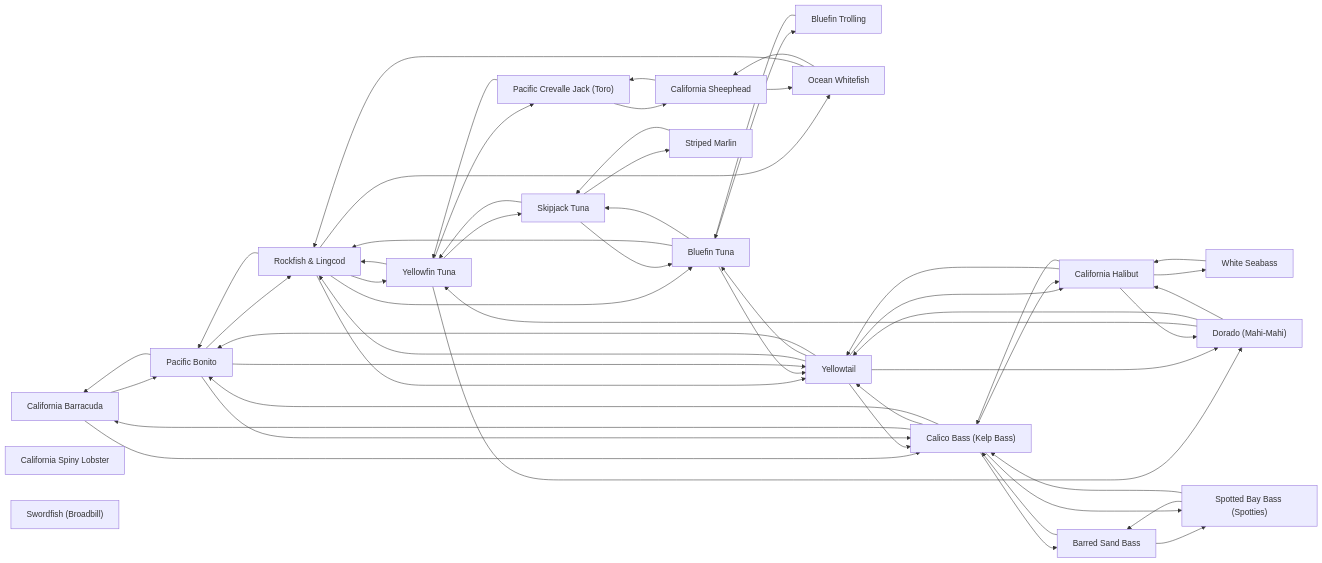
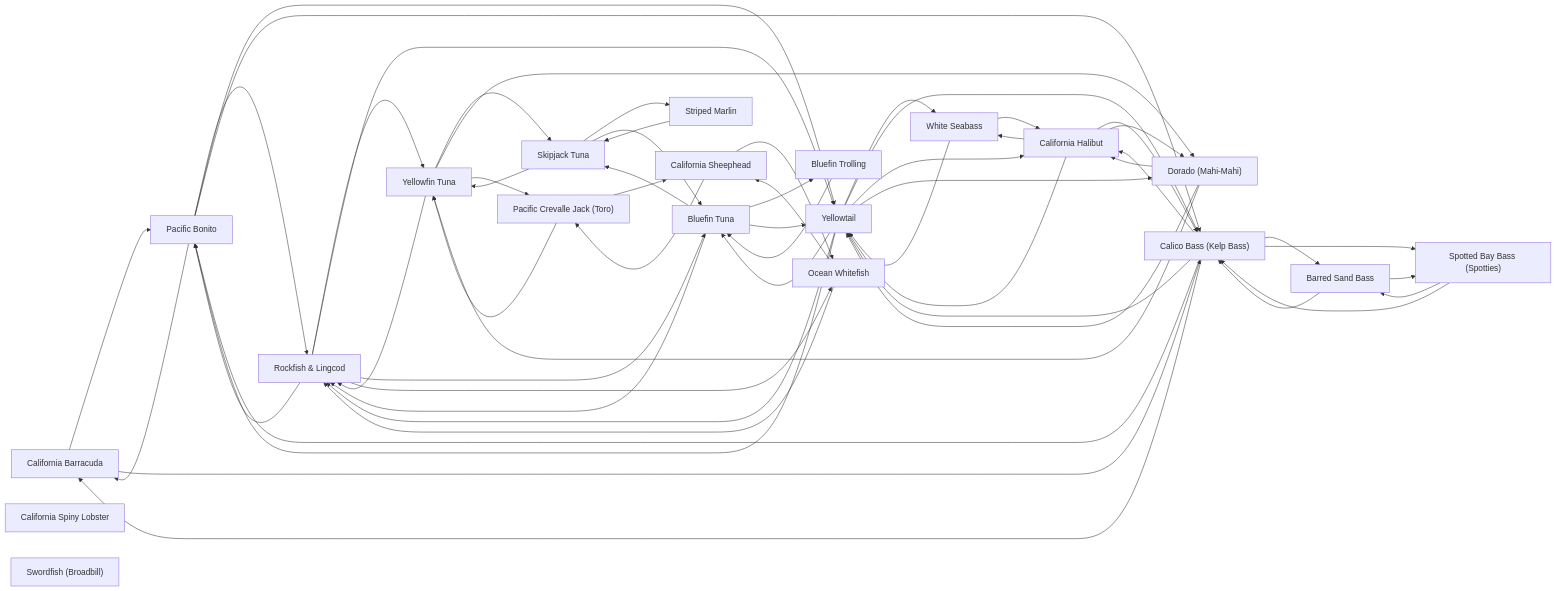
The diagram in species/README.md (camchuckpete-max/Socal-Fishing-Knowledge), drawn with Mermaid before and after one commit. The commit also changed 7 other files, not shown here.

````diff
--- a/species/README.md
+++ b/species/README.md
@@ -33,77 +33,79 @@
 ```mermaid
 graph LR
   n0["California Barracuda"]
   n1["Bluefin Trolling"]
   n2["Bluefin Tuna"]
   n3["Pacific Bonito"]
   n4["Calico Bass (Kelp Bass)"]
   n5["California Halibut"]
   n6["California Spiny Lobster"]
   n7["Dorado (Mahi-Mahi)"]
   n8["Ocean Whitefish"]
   n9["Pacific Crevalle Jack (Toro)"]
   n10["Rockfish & Lingcod"]
   n11["Barred Sand Bass"]
   n12["California Sheephead"]
   n13["Skipjack Tuna"]
   n14["Spotted Bay Bass (Spotties)"]
   n15["Striped Marlin"]
   n16["Swordfish (Broadbill)"]
   n17["White Seabass"]
   n18["Yellowfin Tuna"]
   n19["Yellowtail"]
   n0 --> n3
   n0 --> n4
   n1 --> n2
   n10 --> n18
   n10 --> n19
   n10 --> n2
   n10 --> n3
   n10 --> n8
   n11 --> n14
   n11 --> n4
   n12 --> n8
   n12 --> n9
   n13 --> n15
   n13 --> n18
   n13 --> n2
   n14 --> n11
   n14 --> n4
   n15 --> n13
+  n17 --> n19
   n17 --> n5
   n18 --> n10
   n18 --> n13
   n18 --> n7
   n18 --> n9
   n19 --> n10
+  n19 --> n17
   n19 --> n2
   n19 --> n3
   n19 --> n4
   n19 --> n5
   n19 --> n7
   n2 --> n1
   n2 --> n10
   n2 --> n13
   n2 --> n19
   n3 --> n0
   n3 --> n10
   n3 --> n19
   n3 --> n4
   n4 --> n0
   n4 --> n11
   n4 --> n14
   n4 --> n19
   n4 --> n3
   n4 --> n5
   n5 --> n17
   n5 --> n19
   n5 --> n4
   n5 --> n7
   n7 --> n18
   n7 --> n19
   n7 --> n5
   n8 --> n10
   n8 --> n12
   n9 --> n12
   n9 --> n18
 ```
````
